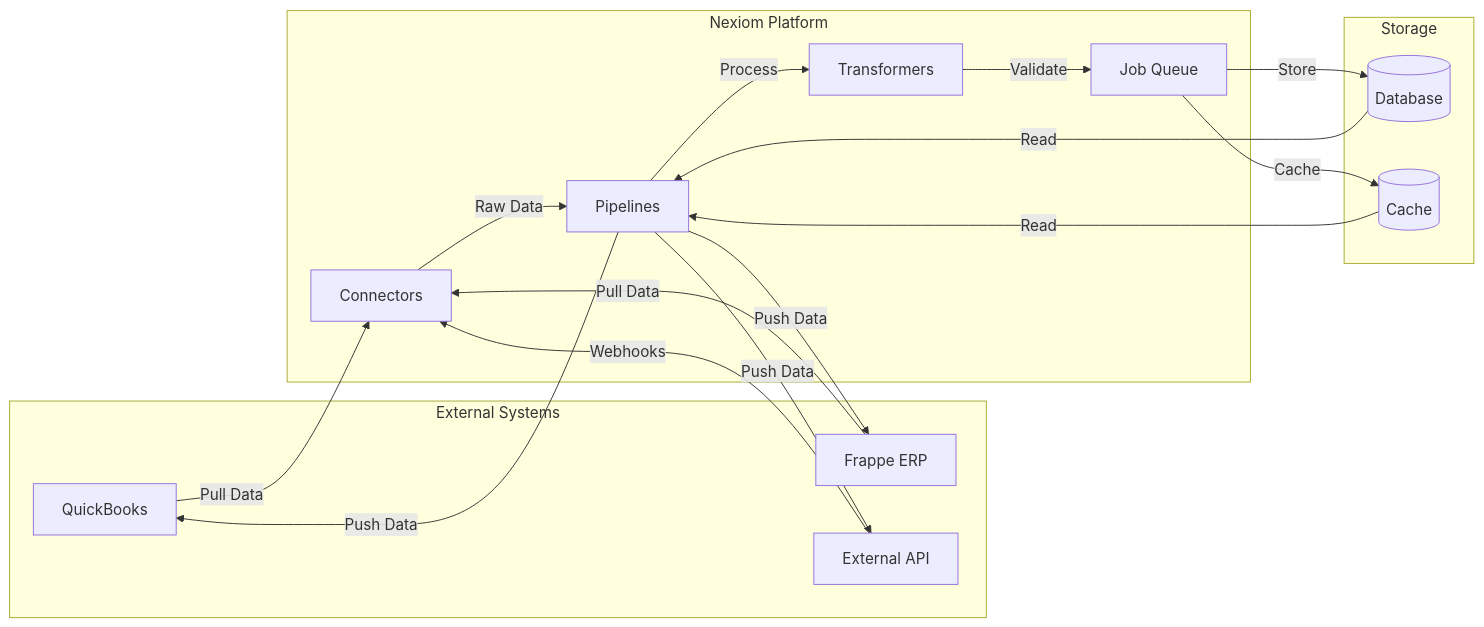
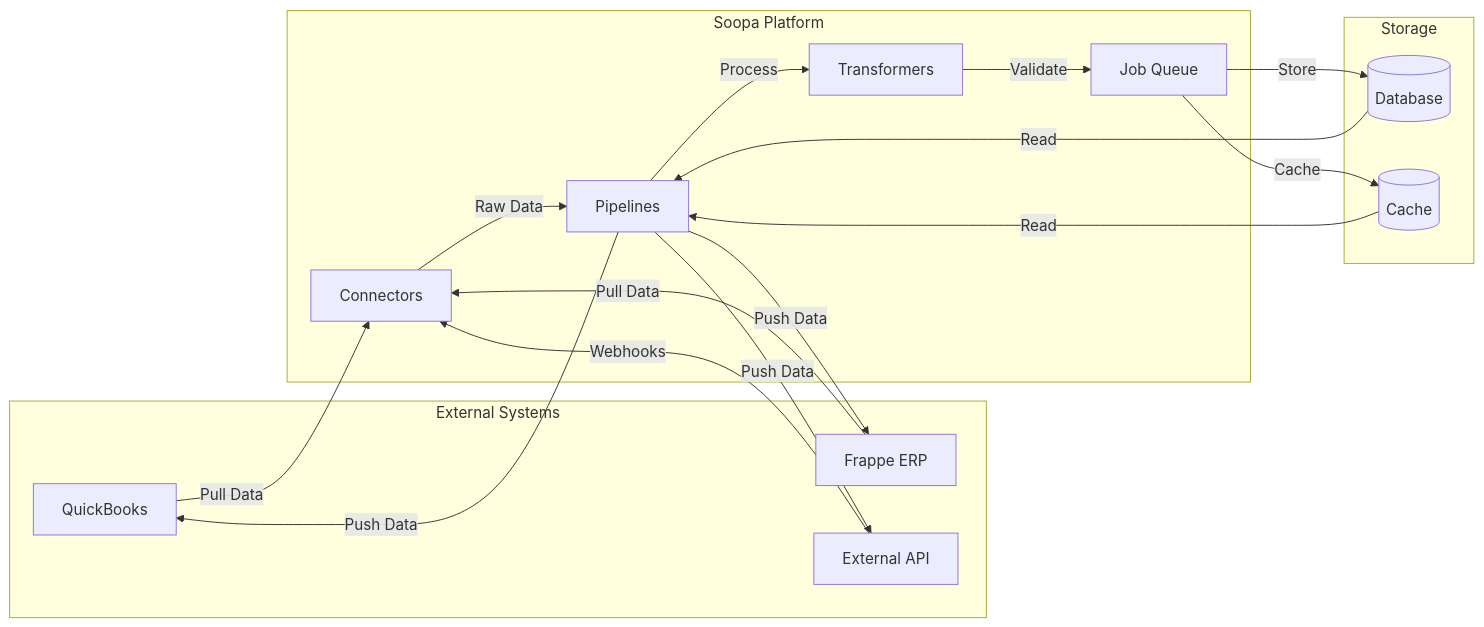
Before and after one commit to pramodnarayana/nexiom: the third of 6 diagrams in docs/draft/01_product_architecture.md, drawn with Mermaid. The commit also changed other lines of this file and 148 other files, not shown here.

````diff
--- a/docs/draft/01_product_architecture.md
+++ b/docs/draft/01_product_architecture.md
@@ -196,38 +196,38 @@
 ```mermaid
 flowchart LR
     subgraph "External Systems"
         QB[QuickBooks]
         FRAPPE[Frappe ERP]
         API_EXT[External API]
     end
     
-    subgraph "Nexiom Platform"
+    subgraph "Soopa Platform"
         CONN[Connectors]
         PIPE[Pipelines]
         TRANS[Transformers]
         QUEUE[Job Queue]
     end
     
     subgraph "Storage"
         DB[(Database)]
         CACHE[(Cache)]
     end
     
     QB -->|Pull Data| CONN
     FRAPPE -->|Pull Data| CONN
     API_EXT -->|Webhooks| CONN
     
     CONN -->|Raw Data| PIPE
     PIPE -->|Process| TRANS
     TRANS -->|Validate| QUEUE
     
     QUEUE -->|Store| DB
     QUEUE -->|Cache| CACHE
     
     DB -->|Read| PIPE
     CACHE -->|Read| PIPE
     
     PIPE -->|Push Data| QB
     PIPE -->|Push Data| FRAPPE
     PIPE -->|Push Data| API_EXT
 ```
````
